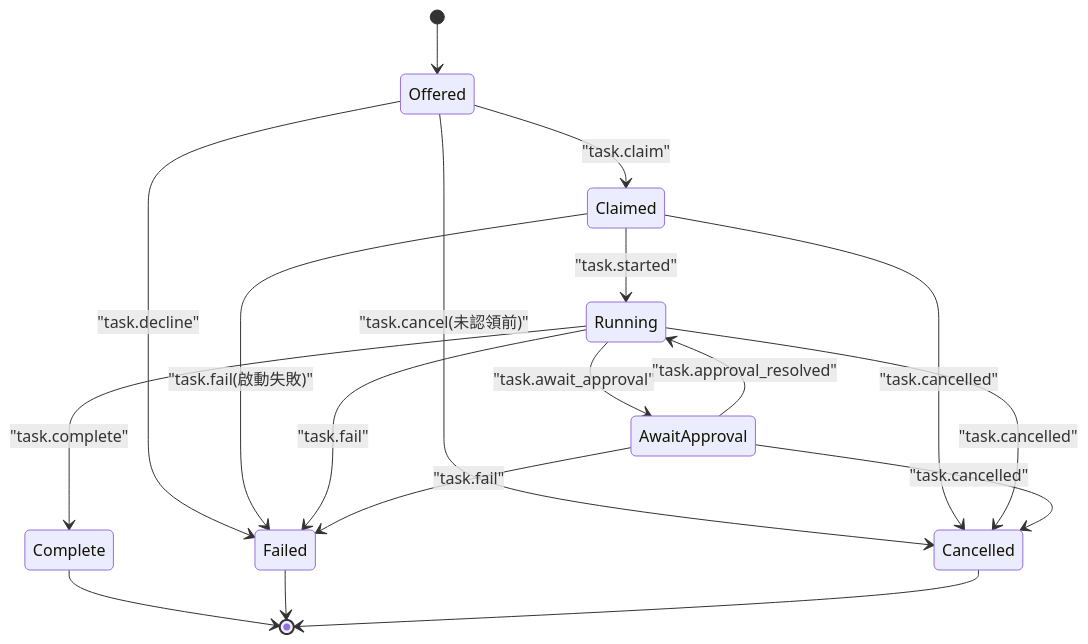
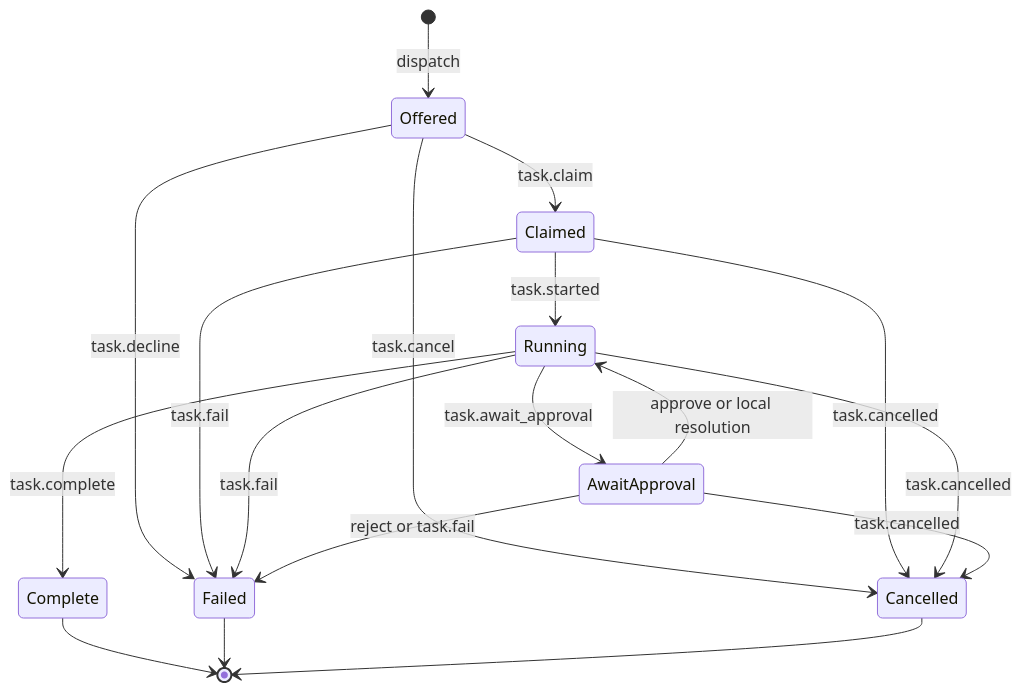
One commit to Ancienttwo/byok-sdk changed the fourth of 19 diagrams in docs/architecture/sdk-architecture.md. Above: the diagram before and after it, drawn with Mermaid. The commit also changed other lines of this file and 5 other files, not shown here.

````diff
--- a/docs/architecture/sdk-architecture.md
+++ b/docs/architecture/sdk-architecture.md
@@ -185,20 +221,20 @@
 ```mermaid
 stateDiagram-v2
-  [*] --> Offered
-  Offered --> Claimed: "task.claim"
-  Offered --> Failed: "task.decline"
-  Offered --> Cancelled: "task.cancel(未認領前)"
-  Claimed --> Running: "task.started"
-  Claimed --> Failed: "task.fail(啟動失敗)"
-  Claimed --> Cancelled: "task.cancelled"
-  Running --> AwaitApproval: "task.await_approval"
-  Running --> Complete: "task.complete"
-  Running --> Failed: "task.fail"
-  Running --> Cancelled: "task.cancelled"
-  AwaitApproval --> Running: "task.approval_resolved"
-  AwaitApproval --> Failed: "task.fail"
-  AwaitApproval --> Cancelled: "task.cancelled"
+  [*] --> Offered: dispatch
+  Offered --> Claimed: task.claim
+  Offered --> Failed: task.decline
+  Offered --> Cancelled: task.cancel
+  Claimed --> Running: task.started
+  Claimed --> Failed: task.fail
+  Claimed --> Cancelled: task.cancelled
+  Running --> AwaitApproval: task.await_approval
+  Running --> Complete: task.complete
+  Running --> Failed: task.fail
+  Running --> Cancelled: task.cancelled
+  AwaitApproval --> Running: approve or local resolution
+  AwaitApproval --> Failed: reject or task.fail
+  AwaitApproval --> Cancelled: task.cancelled
   Complete --> [*]
   Failed --> [*]
   Cancelled --> [*]
 ```
````
